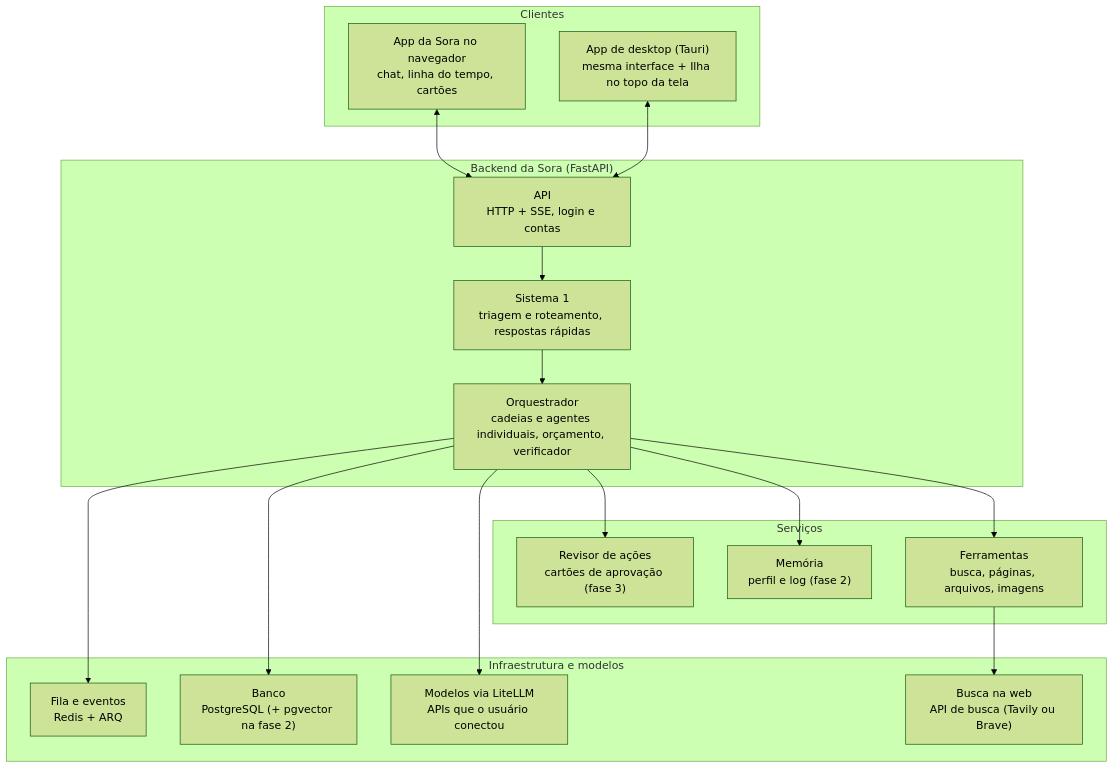
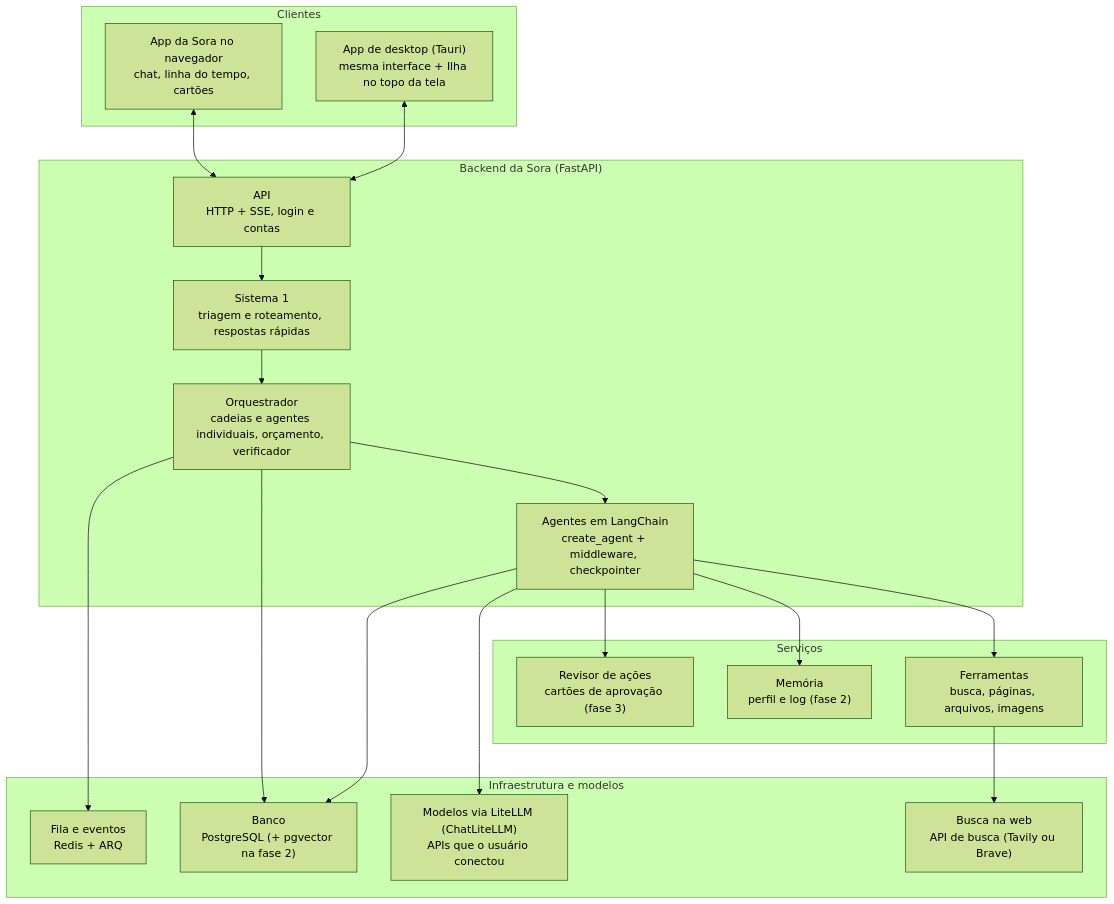
The diagram in docs/plano-de-implementacao/01-plano.md (heitorjsouza812-hub/Sora), drawn with Mermaid (forest theme) before and after one commit. The commit also changed other lines of this file and 7 other files, not shown here.

First line of the commit message:
plano 2.1: agentes da Sora em LangChain

````diff
--- a/docs/plano-de-implementacao/01-plano.md
+++ b/docs/plano-de-implementacao/01-plano.md
@@ -28,29 +28,32 @@
 ```mermaid
 flowchart TB
   subgraph Clientes
     WEB["App da Sora no navegador<br/>chat, linha do tempo, cartões"]
     DESK["App de desktop (Tauri)<br/>mesma interface + Ilha no topo da tela"]
   end
   subgraph Backend["Backend da Sora (FastAPI)"]
     API["API<br/>HTTP + SSE, login e contas"]
     S1["Sistema 1<br/>triagem e roteamento, respostas rápidas"]
     ORQ["Orquestrador<br/>cadeias e agentes individuais, orçamento, verificador"]
+    AGT["Agentes em LangChain<br/>create_agent + middleware, checkpointer"]
   end
   subgraph Servicos["Serviços"]
     REV["Revisor de ações<br/>cartões de aprovação (fase 3)"]
     MEM["Memória<br/>perfil e log (fase 2)"]
     FER["Ferramentas<br/>busca, páginas, arquivos, imagens"]
   end
   subgraph Infra["Infraestrutura e modelos"]
     FILA["Fila e eventos<br/>Redis + ARQ"]
     BANCO["Banco<br/>PostgreSQL (+ pgvector na fase 2)"]
-    LLM["Modelos via LiteLLM<br/>APIs que o usuário conectou"]
+    LLM["Modelos via LiteLLM (ChatLiteLLM)<br/>APIs que o usuário conectou"]
     BUSCA["Busca na web<br/>API de busca (Tavily ou Brave)"]
   end
   WEB <--> API
   DESK <--> API
   API --> S1 --> ORQ
-  ORQ --> REV & MEM & FER
-  ORQ --> FILA & BANCO & LLM
+  ORQ --> AGT
+  AGT --> REV & MEM & FER
+  ORQ --> FILA & BANCO
+  AGT --> LLM & BANCO
   FER --> BUSCA
 ```
````
